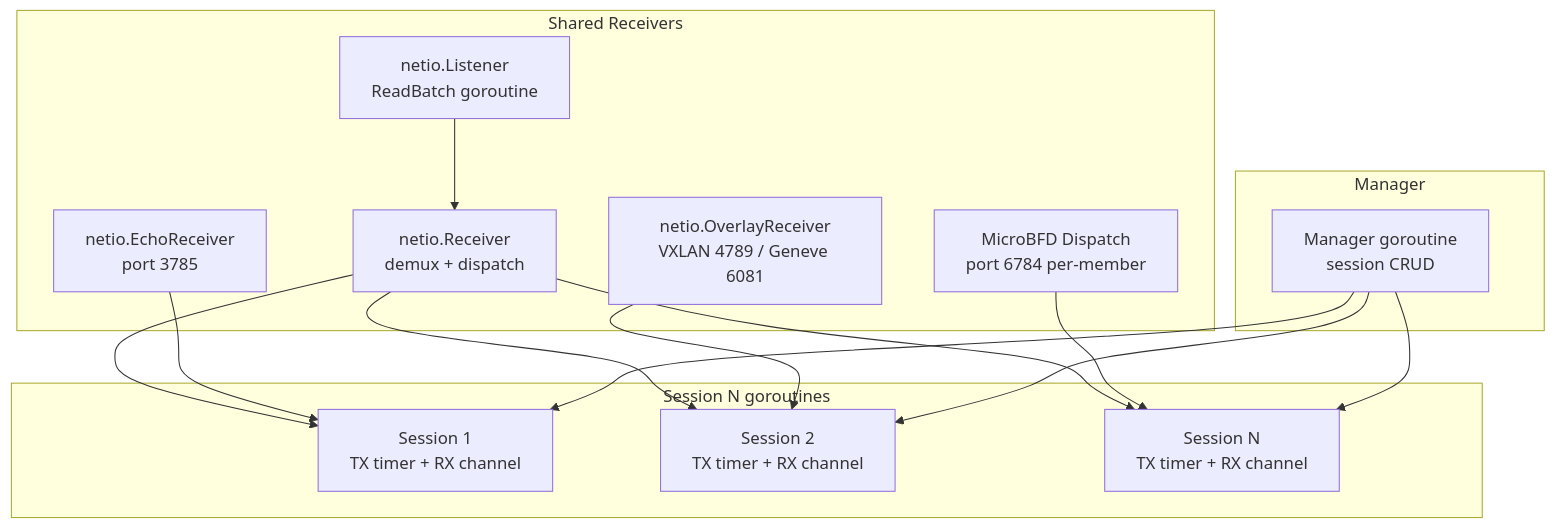
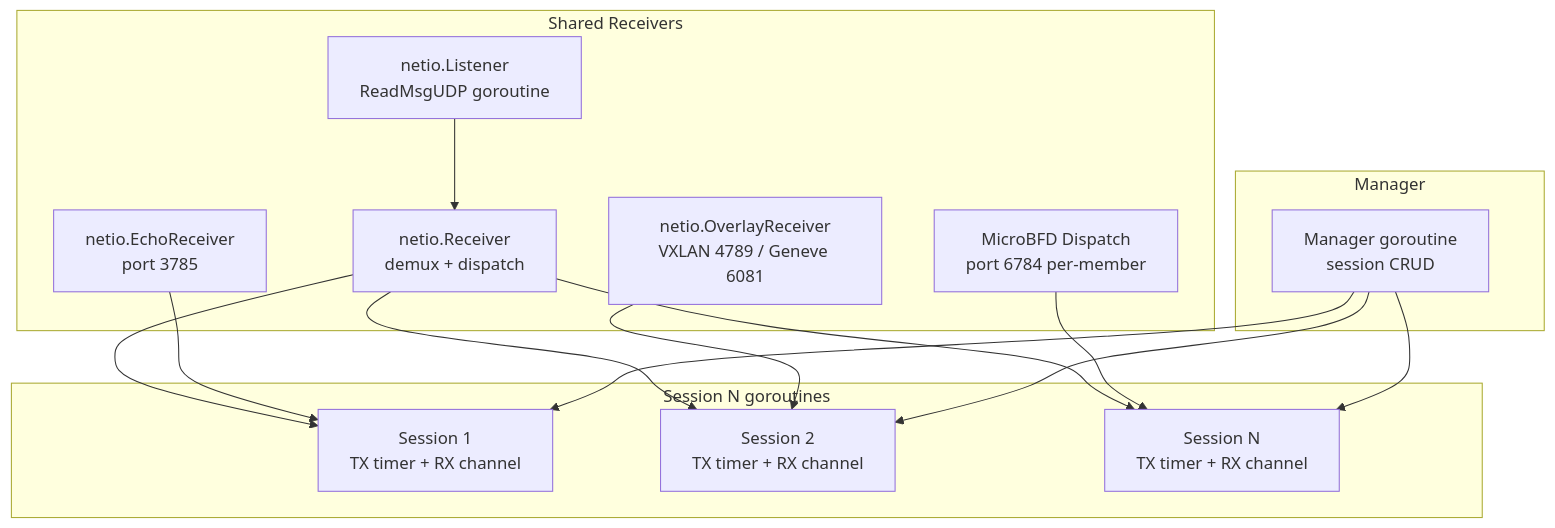
The sixth of 6 diagrams in docs/en/01-architecture.md (dantte-lp/gobfd), drawn with Mermaid before and after one commit. The commit also changed other lines of this file and 15 other files, not shown here.

````diff
--- a/docs/en/01-architecture.md
+++ b/docs/en/01-architecture.md
@@ -195,31 +195,31 @@
 ```mermaid
 graph TB
     subgraph "Manager"
         M["Manager goroutine<br/>session CRUD"]
     end
 
     subgraph "Session N goroutines"
         S1["Session 1<br/>TX timer + RX channel"]
         S2["Session 2<br/>TX timer + RX channel"]
         SN["Session N<br/>TX timer + RX channel"]
     end
 
     subgraph "Shared Receivers"
-        L["netio.Listener<br/>ReadBatch goroutine"]
+        L["netio.Listener<br/>ReadMsgUDP goroutine"]
         R["netio.Receiver<br/>demux + dispatch"]
         ER["netio.EchoReceiver<br/>port 3785"]
         OR["netio.OverlayReceiver<br/>VXLAN 4789 / Geneve 6081"]
         MD["MicroBFD Dispatch<br/>port 6784 per-member"]
     end
 
     L --> R
     R --> S1
     R --> S2
     R --> SN
     ER --> S1
     OR --> S2
     MD --> SN
     M --> S1
     M --> S2
     M --> SN
 ```
````
